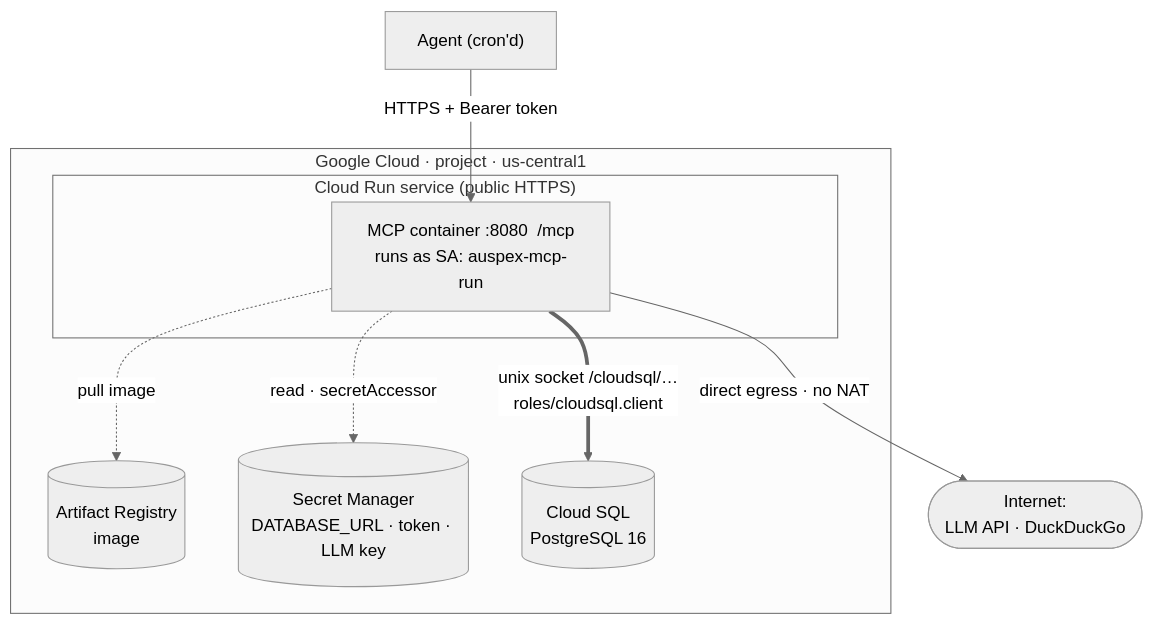
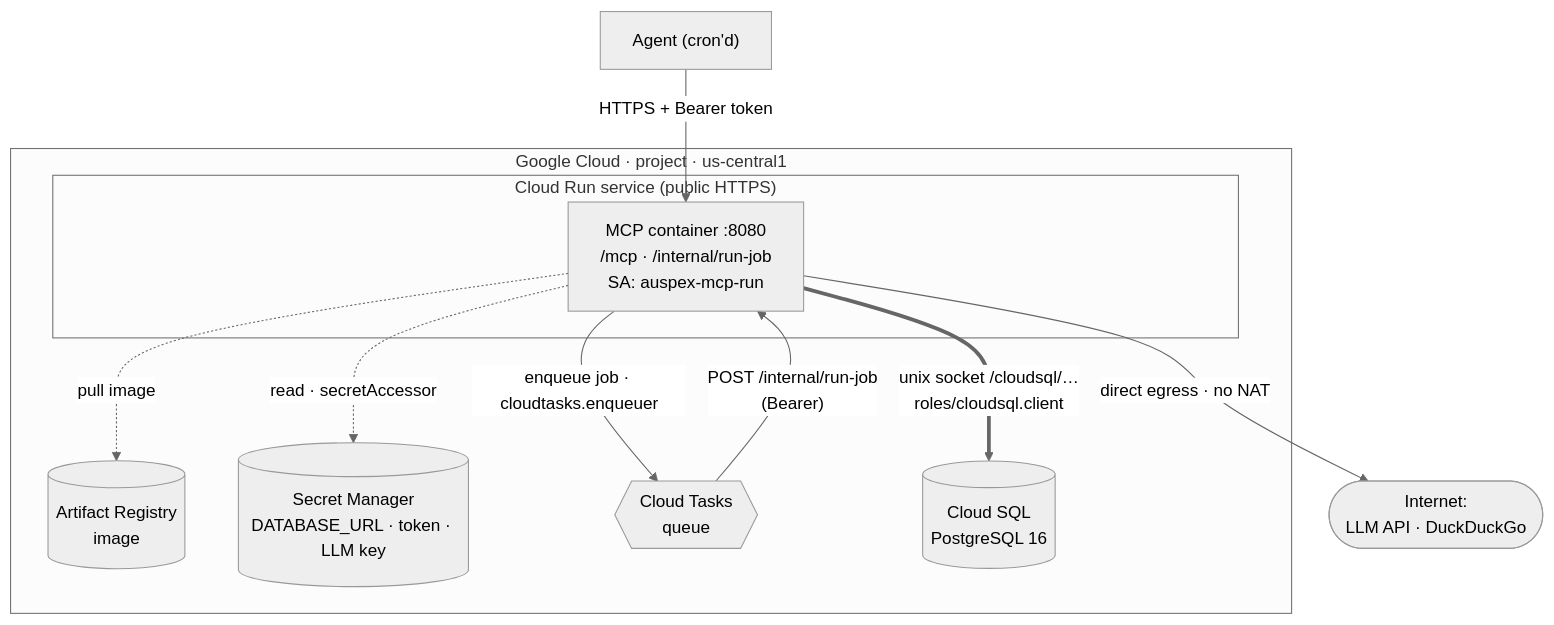
One commit to dominguerilla/auspex changed the diagram in infra/ARCHITECTURE.md. Above: the diagram before and after it, drawn with Mermaid (neutral theme). The commit also changed other lines of this file and 13 other files, not shown here.

First line of the commit message:
Implement worker split: durable jobs via Cloud Tasks (ADR 0005)

````diff
--- a/infra/ARCHITECTURE.md
+++ b/infra/ARCHITECTURE.md
@@ -9,22 +9,25 @@
 ```mermaid
 flowchart TB
     agent["Agent (cron'd)"]
     internet(["Internet:<br/>LLM API · DuckDuckGo"])
 
     subgraph gcp["Google Cloud · project · us-central1"]
       ar[("Artifact Registry<br/>image")]
       secrets[("Secret Manager<br/>DATABASE_URL · token · LLM key")]
+      tasks{{"Cloud Tasks<br/>queue"}}
 
       subgraph run["Cloud Run service (public HTTPS)"]
-        svc["MCP container :8080  /mcp<br/>runs as SA: auspex-mcp-run"]
+        svc["MCP container :8080<br/>/mcp · /internal/run-job<br/>SA: auspex-mcp-run"]
       end
 
       sql[("Cloud SQL<br/>PostgreSQL 16")]
     end
 
     agent -->|"HTTPS + Bearer token"| svc
     svc -. "pull image" .-> ar
     svc -. "read · secretAccessor" .-> secrets
     svc ==>|"unix socket /cloudsql/…<br/>roles/cloudsql.client"| sql
     svc -->|"direct egress · no NAT"| internet
+    svc -->|"enqueue job · cloudtasks.enqueuer"| tasks
+    tasks -->|"POST /internal/run-job<br/>(Bearer)"| svc
 ```
````
